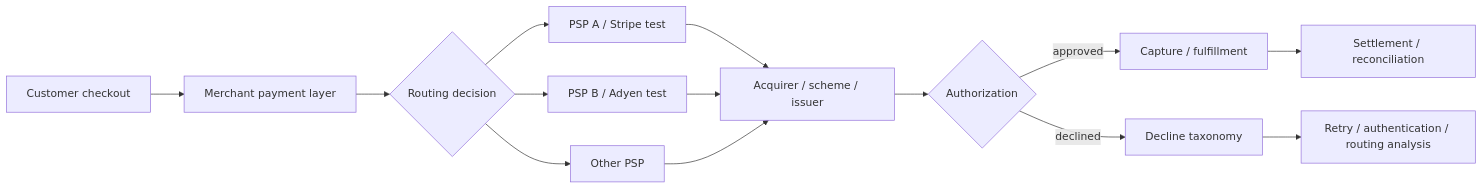
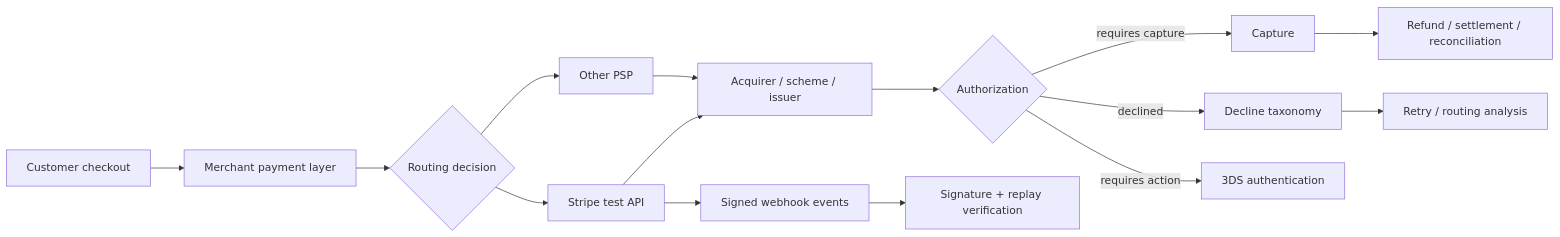
Before and after one commit to layan985/eu-payments-acceptance-engine: the diagram in README.md, drawn with Mermaid. The commit also changed other lines of this file, not shown here.

Commit message:
Document Stripe lifecycle and webhook verification

````diff
--- a/README.md
+++ b/README.md
@@ -61,16 +64,17 @@
 ```mermaid
 flowchart LR
     A[Customer checkout] --> B[Merchant payment layer]
     B --> C{Routing decision}
-    C --> D[PSP A / Stripe test]
-    C --> E[PSP B / Adyen test]
-    C --> F[Other PSP]
-    D --> G[Acquirer / scheme / issuer]
-    E --> G
-    F --> G
-    G --> H{Authorization}
-    H -->|approved| I[Capture / fulfillment]
-    H -->|declined| J[Decline taxonomy]
-    I --> K[Settlement / reconciliation]
-    J --> L[Retry / authentication / routing analysis]
+    C --> D[Stripe test API]
+    C --> E[Other PSP]
+    D --> F[Acquirer / scheme / issuer]
+    E --> F
+    F --> G{Authorization}
+    G -->|requires capture| H[Capture]
+    G -->|declined| I[Decline taxonomy]
+    G -->|requires action| J[3DS authentication]
+    H --> K[Refund / settlement / reconciliation]
+    I --> L[Retry / routing analysis]
+    D --> M[Signed webhook events]
+    M --> N[Signature + replay verification]
 ```
````
